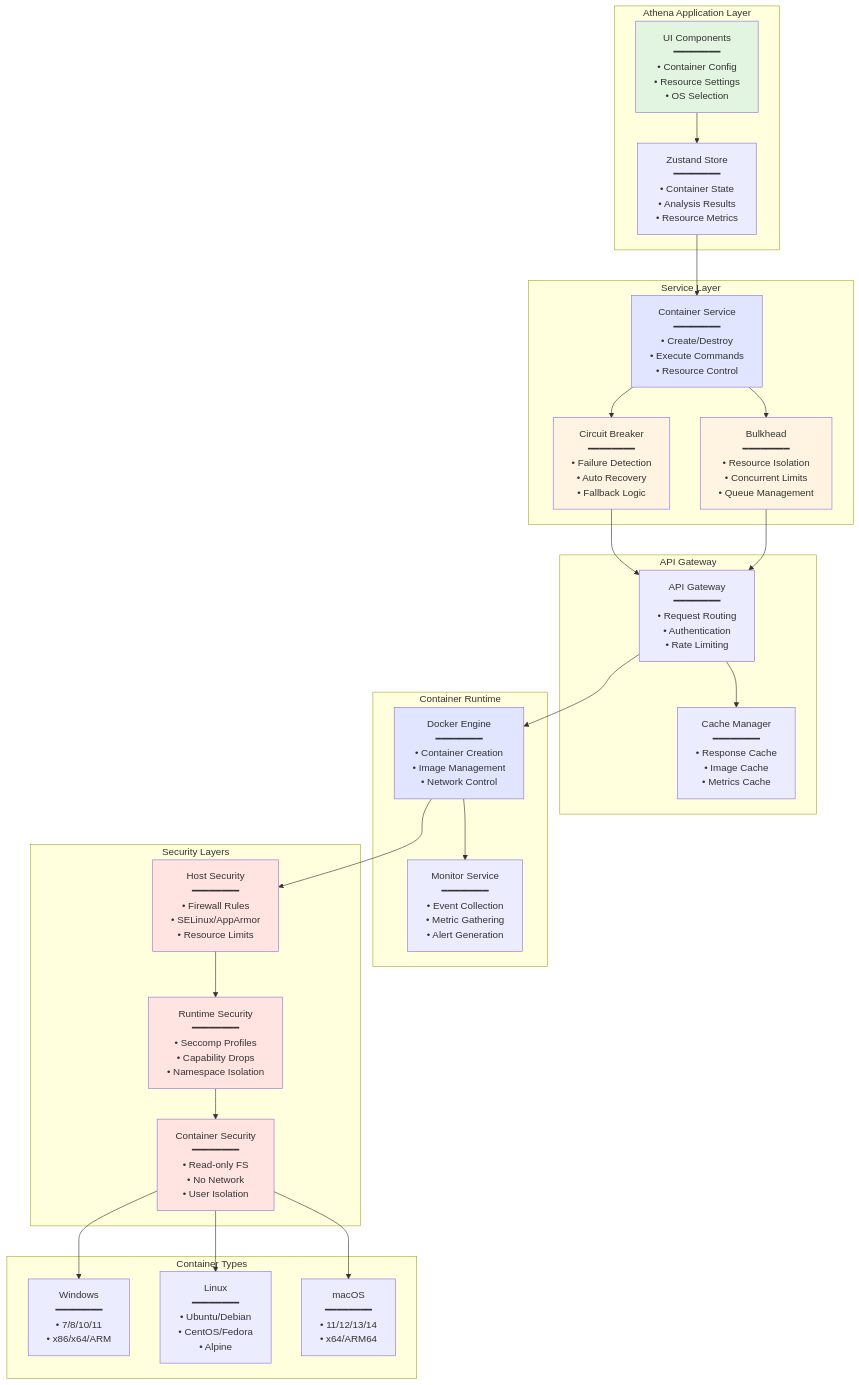
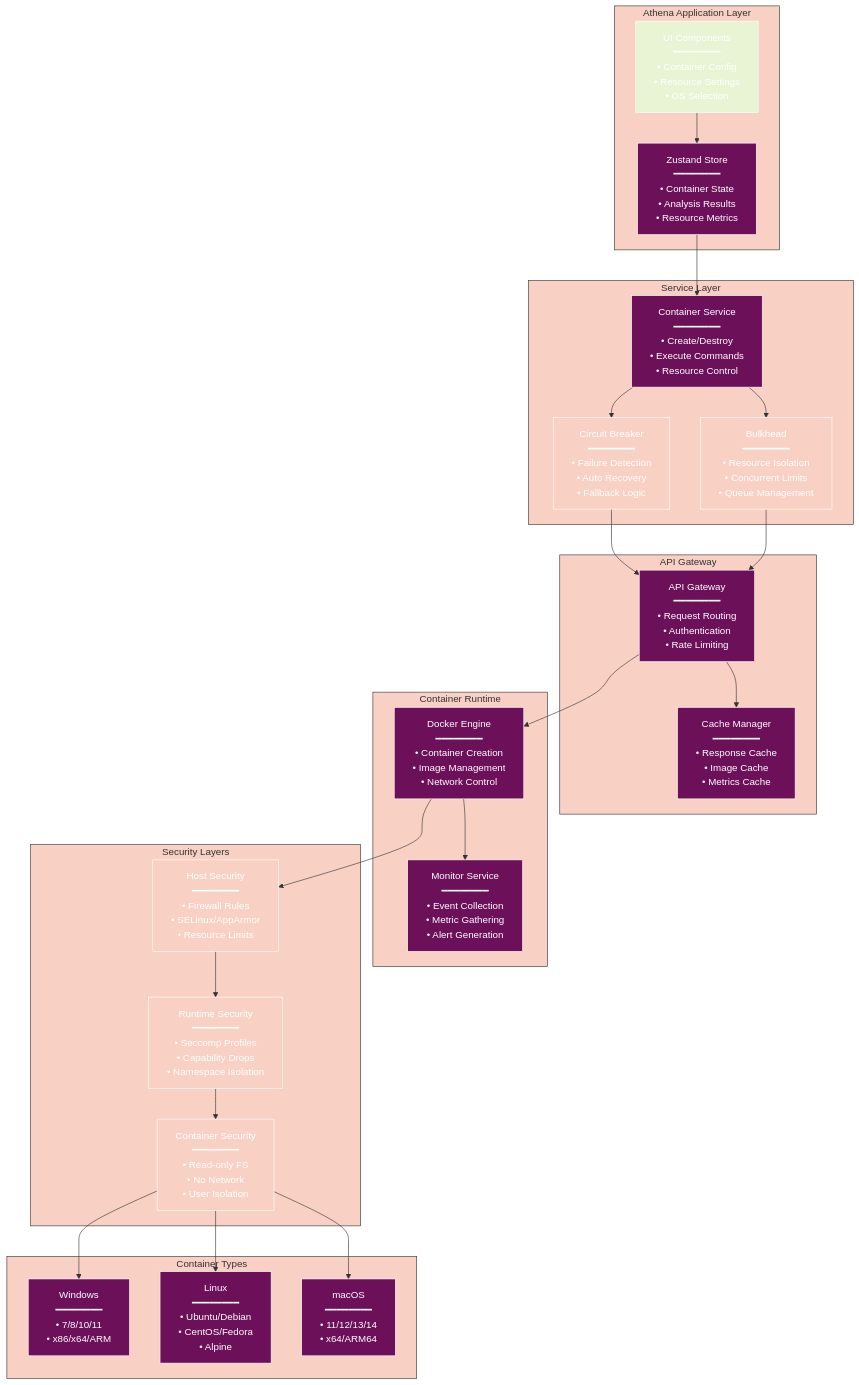
Before and after one commit to radicalkjax/Athena: the first of 23 diagrams in docs/CONTAINER_ISOLATION.md, drawn with Mermaid. The commit also changed other lines of this file and 27 other files, not shown here.

Commit message:
Introduction of expo package manager. Updated docs to reflect changes. Unified mermaid theme for docs.

````diff
--- a/docs/CONTAINER_ISOLATION.md
+++ b/docs/CONTAINER_ISOLATION.md
@@ -33,60 +33,81 @@
 ```mermaid
+%%{init: {
+  'theme': 'base',
+  'themeVariables': {
+    'primaryColor': '#6d105a',
+    'primaryTextColor': '#ffffff',
+    'primaryBorderColor': '#ffffff',
+    'lineColor': '#333333',
+    'secondaryColor': '#e8f4d4',
+    'secondaryTextColor': '#333333',
+    'secondaryBorderColor': '#333333',
+    'tertiaryColor': '#f9d0c4',
+    'tertiaryTextColor': '#333333',
+    'tertiaryBorderColor': '#333333',
+    'background': '#ffffff',
+    'mainBkg': '#6d105a',
+    'secondBkg': '#e8f4d4',
+    'tertiaryBkg': '#f9d0c4',
+    'textColor': '#333333',
+    'fontFamily': 'Arial, sans-serif'
+  }
+}}%%
 graph TB
     subgraph "Athena Application Layer"
         UI[UI Components<br/>━━━━━━━━<br/>• Container Config<br/>• Resource Settings<br/>• OS Selection]
         Store[Zustand Store<br/>━━━━━━━━<br/>• Container State<br/>• Analysis Results<br/>• Resource Metrics]
     end
     
     subgraph "Service Layer"
         CS[Container Service<br/>━━━━━━━━<br/>• Create/Destroy<br/>• Execute Commands<br/>• Resource Control]
         CB[Circuit Breaker<br/>━━━━━━━━<br/>• Failure Detection<br/>• Auto Recovery<br/>• Fallback Logic]
         BH[Bulkhead<br/>━━━━━━━━<br/>• Resource Isolation<br/>• Concurrent Limits<br/>• Queue Management]
     end
     
     subgraph "API Gateway"
         AG[API Gateway<br/>━━━━━━━━<br/>• Request Routing<br/>• Authentication<br/>• Rate Limiting]
         Cache[Cache Manager<br/>━━━━━━━━<br/>• Response Cache<br/>• Image Cache<br/>• Metrics Cache]
     end
     
     subgraph "Container Runtime"
         Docker[Docker Engine<br/>━━━━━━━━<br/>• Container Creation<br/>• Image Management<br/>• Network Control]
         Monitor[Monitor Service<br/>━━━━━━━━<br/>• Event Collection<br/>• Metric Gathering<br/>• Alert Generation]
     end
     
     subgraph "Security Layers"
         Host[Host Security<br/>━━━━━━━━<br/>• Firewall Rules<br/>• SELinux/AppArmor<br/>• Resource Limits]
         Runtime[Runtime Security<br/>━━━━━━━━<br/>• Seccomp Profiles<br/>• Capability Drops<br/>• Namespace Isolation]
         Container[Container Security<br/>━━━━━━━━<br/>• Read-only FS<br/>• No Network<br/>• User Isolation]
     end
     
     subgraph "Container Types"
         Windows[Windows<br/>━━━━━━━━<br/>• 7/8/10/11<br/>• x86/x64/ARM]
         Linux[Linux<br/>━━━━━━━━<br/>• Ubuntu/Debian<br/>• CentOS/Fedora<br/>• Alpine]
         macOS[macOS<br/>━━━━━━━━<br/>• 11/12/13/14<br/>• x64/ARM64]
     end
     
     UI --> Store
     Store --> CS
     CS --> CB
     CS --> BH
     CB --> AG
     BH --> AG
     AG --> Cache
     AG --> Docker
     Docker --> Monitor
     Docker --> Host
     Host --> Runtime
     Runtime --> Container
     Container --> Windows
     Container --> Linux
     Container --> macOS
     
-    style UI fill:#e1f5e1
-    style CS fill:#e1e5ff
-    style CB fill:#fff4e1
-    style BH fill:#fff4e1
-    style Docker fill:#e1e5ff
-    style Host fill:#ffe4e1
-    style Runtime fill:#ffe4e1
-    style Container fill:#ffe4e1
+    style UI fill:#e8f4d4
+    style CS fill:#6d105a
+    style CB fill:#f9d0c4
+    style BH fill:#f9d0c4
+    style Docker fill:#6d105a
+    style Host fill:#f9d0c4
+    style Runtime fill:#f9d0c4
+    style Container fill:#f9d0c4
 ```
````
